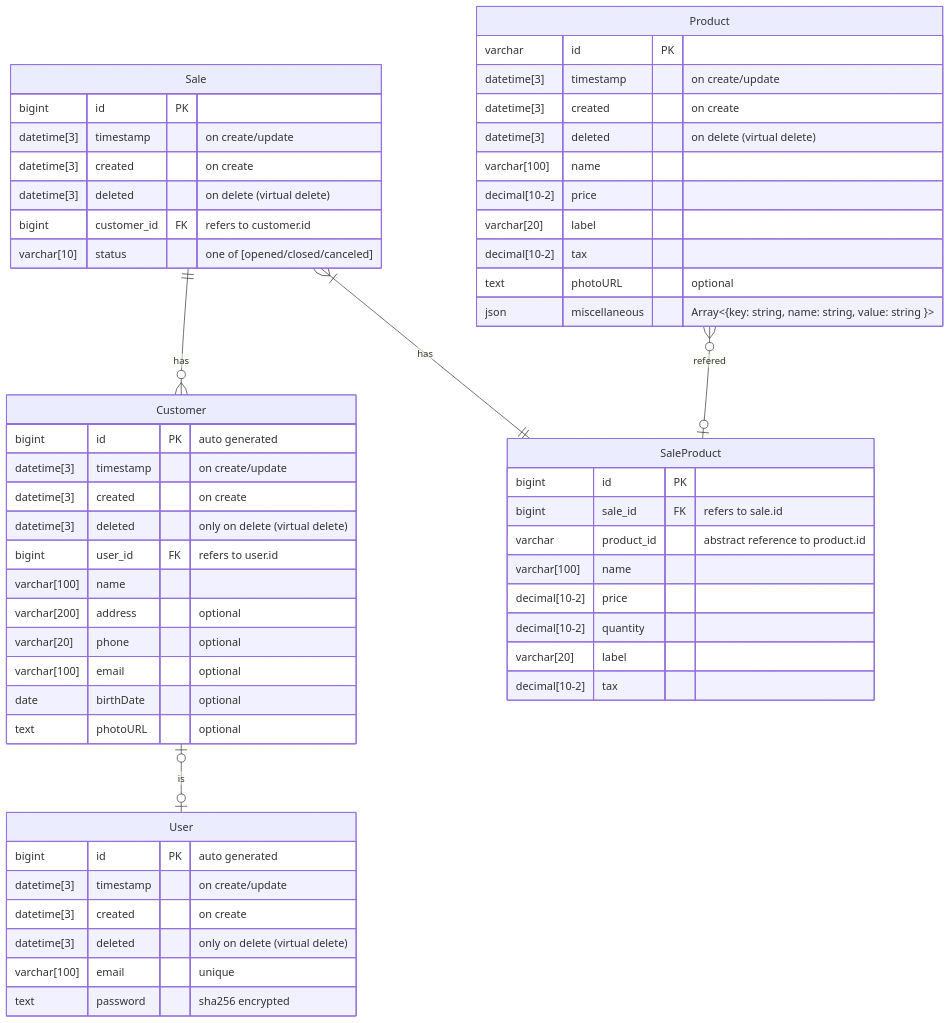
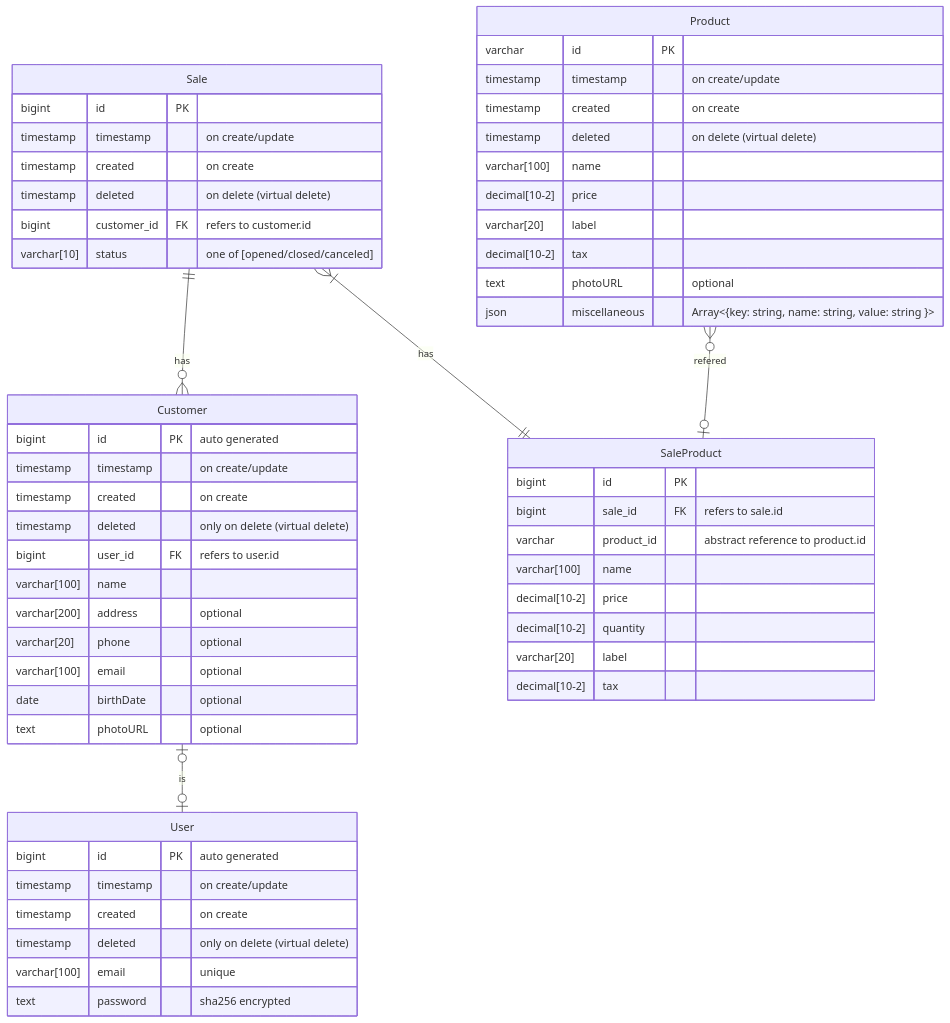
Before and after one commit to RegislaineRegis/inovia-backend-1: the diagram in README.mdx, drawn with Mermaid.

Commit message:
chore: rewrite timestamp type in DER to ensure legibility

````diff
--- a/README.mdx
+++ b/README.mdx
@@ -29,58 +29,58 @@
 ```mermaid
 erDiagram
   Customer |o--o| User: is
   Sale }|--|| SaleProduct: has
   Sale ||--o{ Customer: has
   Product }o--o| SaleProduct: "refered"
   User {
     bigint       id PK     "auto generated"
-    datetime[3]  timestamp "on create/update"
-    datetime[3]  created   "on create"
-    datetime[3]  deleted   "only on delete (virtual delete)"
+    timestamp    timestamp "on create/update"
+    timestamp    created   "on create"
+    timestamp    deleted   "only on delete (virtual delete)"
     varchar[100] email     "unique"
     text         password  "sha256 encrypted"
   }
   Customer {
     bigint       id        PK "auto generated"
-    datetime[3]  timestamp    "on create/update"
-    datetime[3]  created      "on create"
-    datetime[3]  deleted      "only on delete (virtual delete)"
+    timestamp    timestamp    "on create/update"
+    timestamp    created      "on create"
+    timestamp    deleted      "only on delete (virtual delete)"
     bigint       user_id   FK "refers to user.id"
     varchar[100] name
     varchar[200] address      "optional"
     varchar[20]  phone        "optional"
     varchar[100] email        "optional"
     date         birthDate    "optional"
     text         photoURL     "optional"
   }
   Product {
     varchar       id            PK
-    datetime[3]   timestamp        "on create/update"
-    datetime[3]   created          "on create"
-    datetime[3]   deleted          "on delete (virtual delete)"
+    timestamp     timestamp        "on create/update"
+    timestamp     created          "on create"
+    timestamp     deleted          "on delete (virtual delete)"
     varchar[100]  name
     decimal[10-2] price
     varchar[20]   label
     decimal[10-2] tax
     text          photoURL         "optional"
     json          miscellaneous    "Array<{key: string, name: string, value: string }>"
   }
   Sale {
     bigint      id          PK
-    datetime[3] timestamp      "on create/update"
-    datetime[3] created        "on create"
-    datetime[3] deleted        "on delete (virtual delete)"
+    timestamp   timestamp      "on create/update"
+    timestamp   created        "on create"
+    timestamp   deleted        "on delete (virtual delete)"
     bigint      customer_id FK "refers to customer.id"
     varchar[10] status         "one of [opened/closed/canceled]"
   }
   SaleProduct {
     bigint        id         PK
     bigint        sale_id    FK "refers to sale.id"
     varchar       product_id    "abstract reference to product.id"
     varchar[100]  name
     decimal[10-2] price
     decimal[10-2] quantity
     varchar[20]   label
     decimal[10-2] tax
   }
 ```
````
